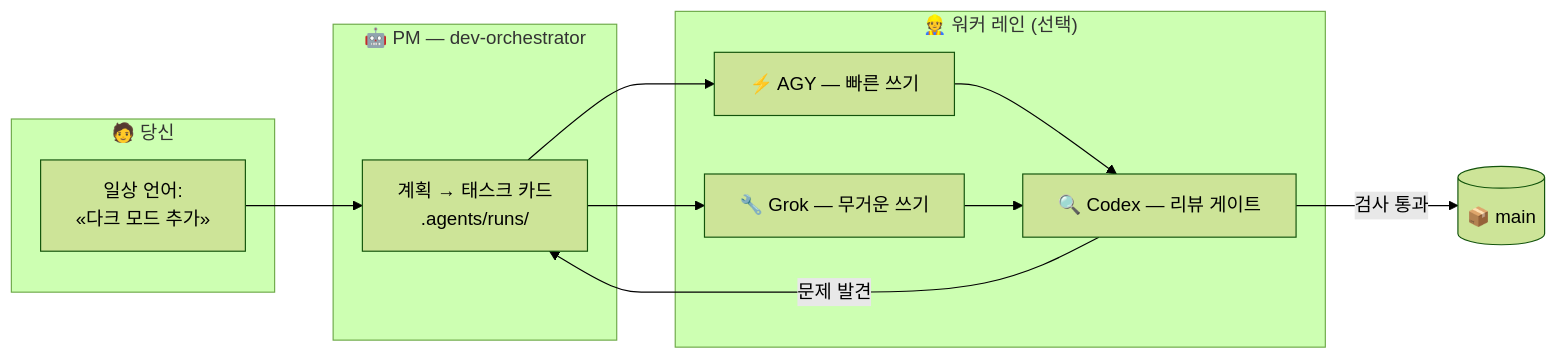
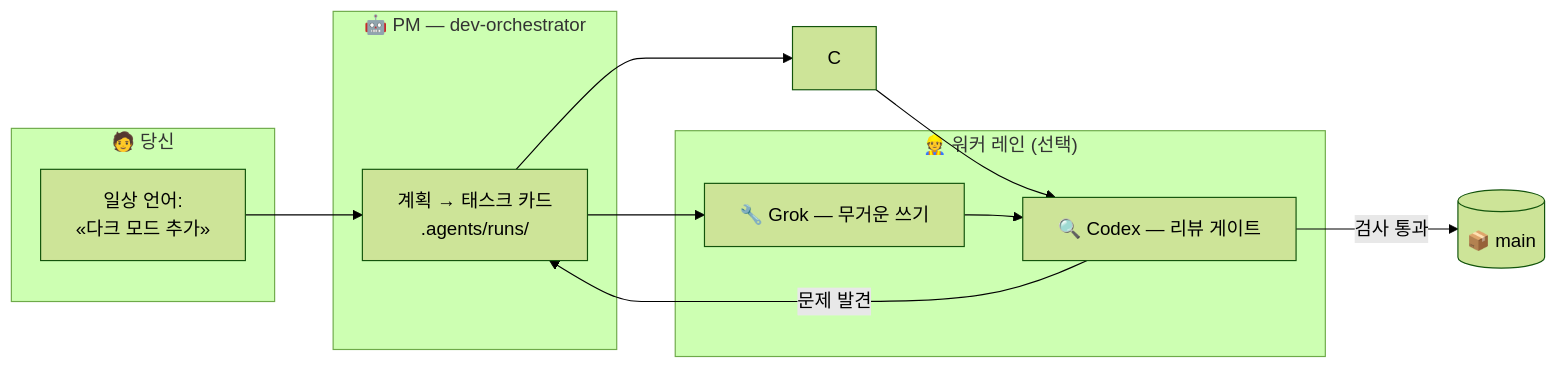
One commit to VKirill/claude-lane-stack changed the diagram in README.ko.md. Above: the diagram before and after it, drawn with Mermaid (forest theme). The commit also changed other lines of this file and 57 other files, not shown here.

````diff
--- a/README.ko.md
+++ b/README.ko.md
@@ -92,19 +91,18 @@
 ```mermaid
 flowchart LR
     subgraph you ["🧑 당신"]
         A["일상 언어:<br/>«다크 모드 추가»"]
     end
     subgraph pm ["🤖 PM — dev-orchestrator"]
         B["계획 → 태스크 카드<br/>.agents/runs/"]
     end
     subgraph lanes ["👷 워커 레인 (선택)"]
-        C["⚡ AGY — 빠른 쓰기"]
         D["🔧 Grok — 무거운 쓰기"]
         E["🔍 Codex — 리뷰 게이트"]
     end
     A --> B
     B --> C & D
     C & D --> E
     E -->|검사 통과| F[("📦 main")]
     E -->|문제 발견| B
 ```
````
